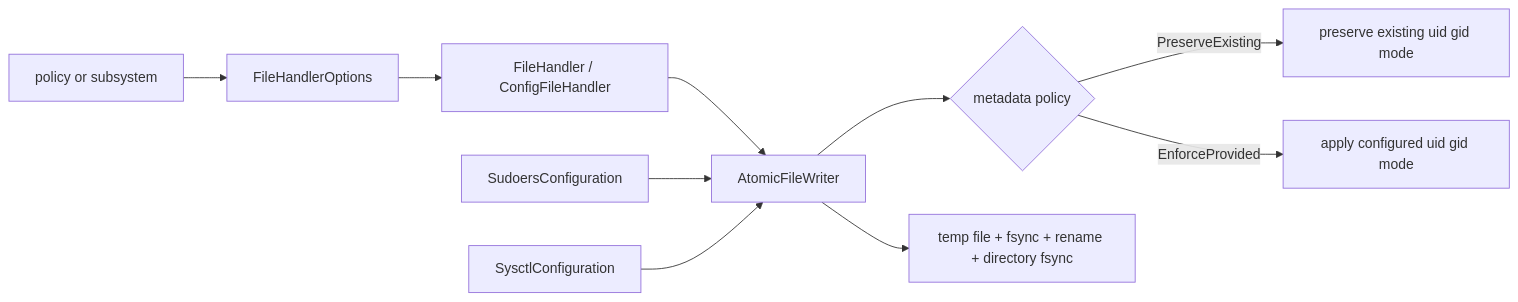
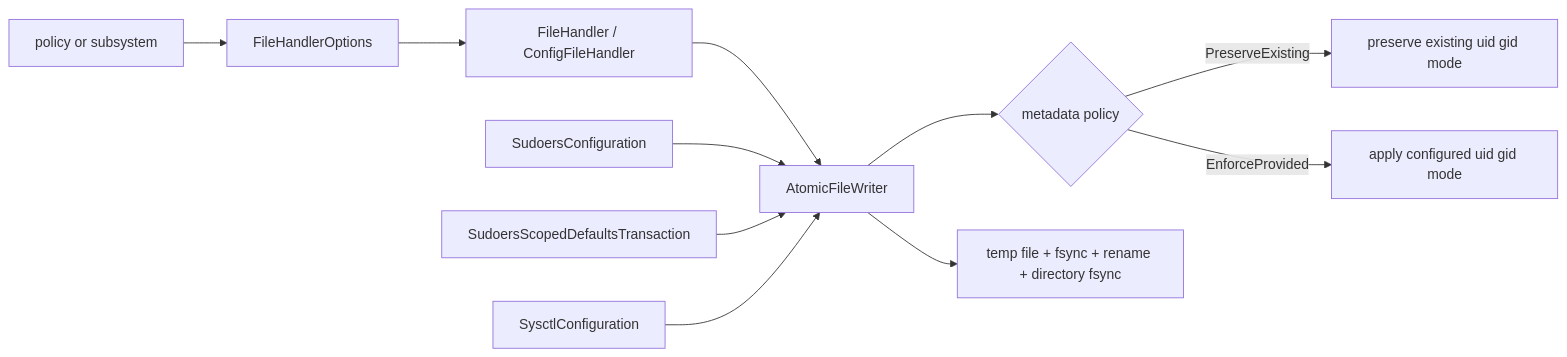
Before and after one commit to RevoltStar/FIC: the tenth of 20 diagrams in docs/architecture-diagrams.md, drawn with Mermaid. The commit also changed 21 other files, not shown here.

First line of the commit message:
Harden SUDO scoped-defaults provenance and recovery lifecycle

````diff
--- a/docs/architecture-diagrams.md
+++ b/docs/architecture-diagrams.md
@@ -455,12 +455,13 @@
 ```mermaid
 flowchart LR
     policy[policy or subsystem] --> options[FileHandlerOptions]
     options --> handler[FileHandler / ConfigFileHandler]
     handler --> writer[AtomicFileWriter]
     sudoGraph[SudoersConfiguration] --> writer
+    sudoTx[SudoersScopedDefaultsTransaction] --> writer
     sysctlGraph[SysctlConfiguration] --> writer
     writer --> metadata{metadata policy}
     metadata -->|PreserveExisting| preserve[preserve existing uid gid mode]
     metadata -->|EnforceProvided| enforce[apply configured uid gid mode]
     writer --> durable[temp file + fsync + rename + directory fsync]
 ```
````
